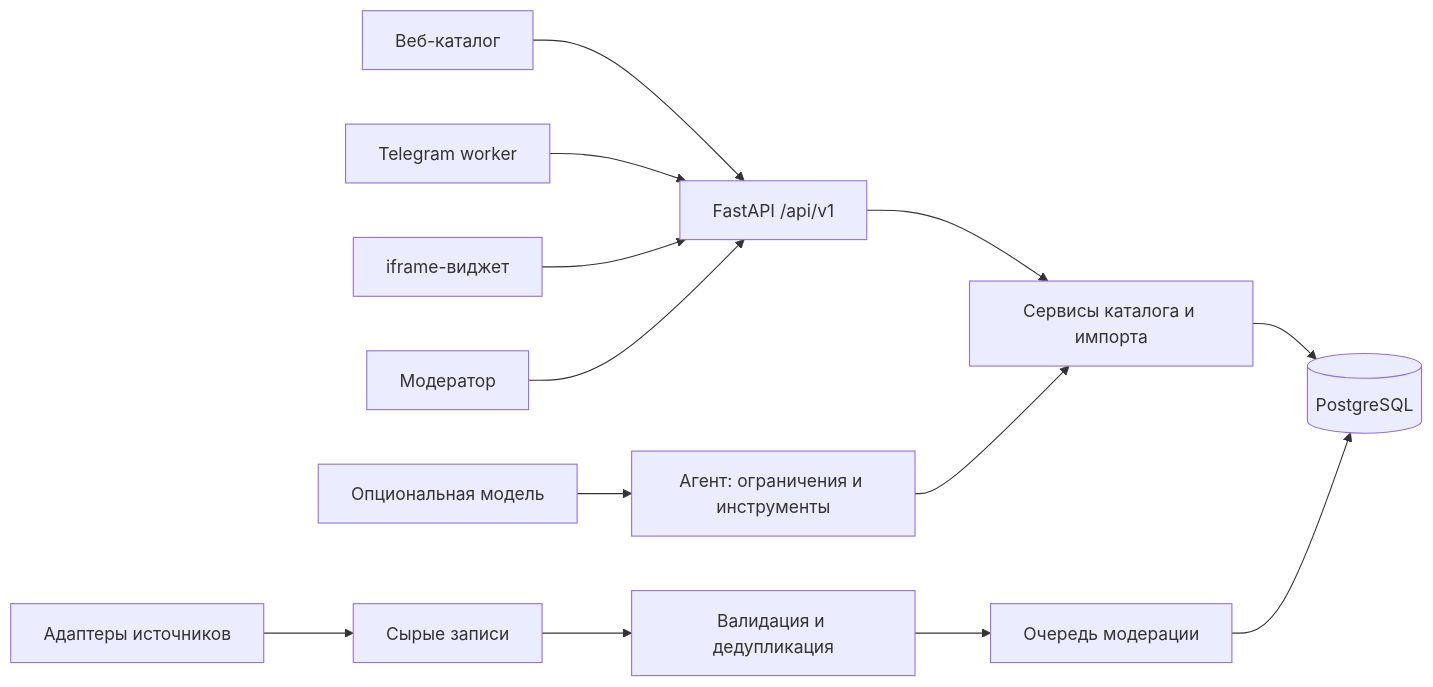
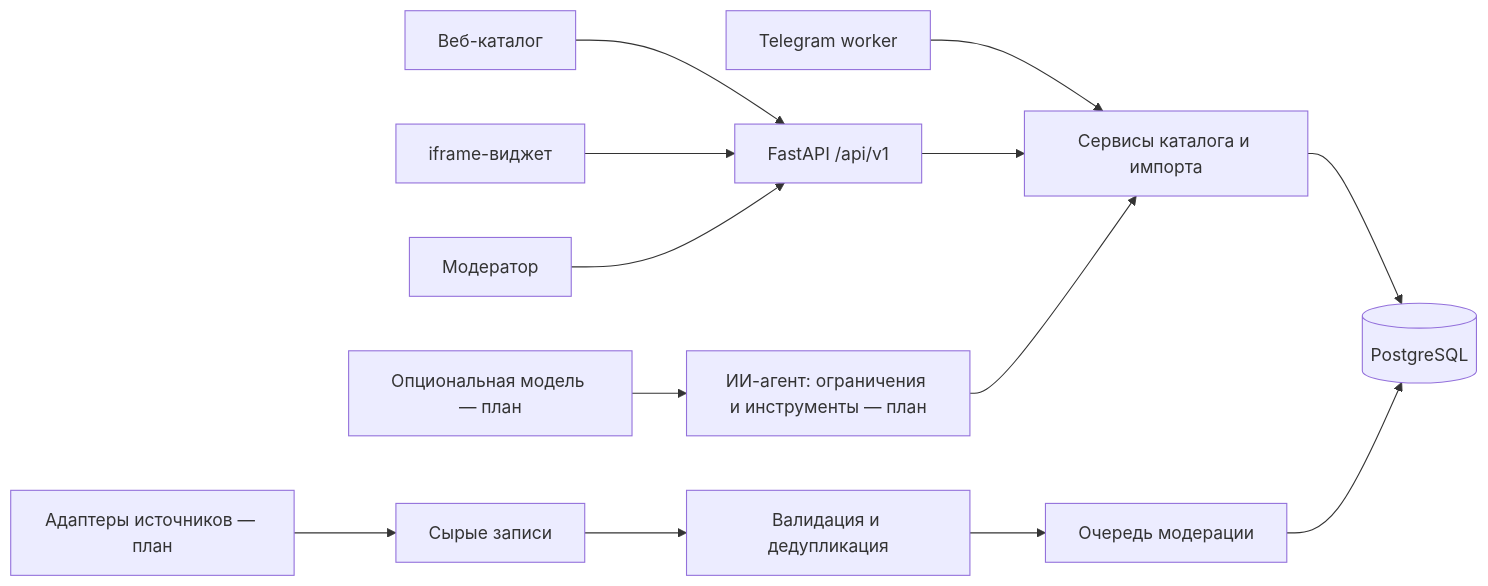
One commit to coldtime108/kurai-afisha changed the diagram in docs/ARCHITECTURE.md. Above: the diagram before and after it, drawn with Mermaid. The commit also changed other lines of this file and 1 other file, not shown here.

Commit message:
docs: detail remaining milestones and acceptance criteria

````diff
--- a/docs/ARCHITECTURE.md
+++ b/docs/ARCHITECTURE.md
@@ -7,15 +7,15 @@
 ```mermaid
 flowchart LR
   W[Веб-каталог] --> API[FastAPI /api/v1]
-  T[Telegram worker] --> API
+  T[Telegram worker] --> S
   I[iframe-виджет] --> API
   M[Модератор] --> API
   API --> S[Сервисы каталога и импорта]
   S --> DB[(PostgreSQL)]
-  C[Адаптеры источников] --> R[Сырые записи]
+  C[Адаптеры источников — план] --> R[Сырые записи]
   R --> V[Валидация и дедупликация]
   V --> Q[Очередь модерации]
   Q --> DB
-  A[Агент: ограничения и инструменты] --> S
-  L[Опциональная модель] --> A
+  A[ИИ-агент: ограничения и инструменты — план] --> S
+  L[Опциональная модель — план] --> A
 ```
````
